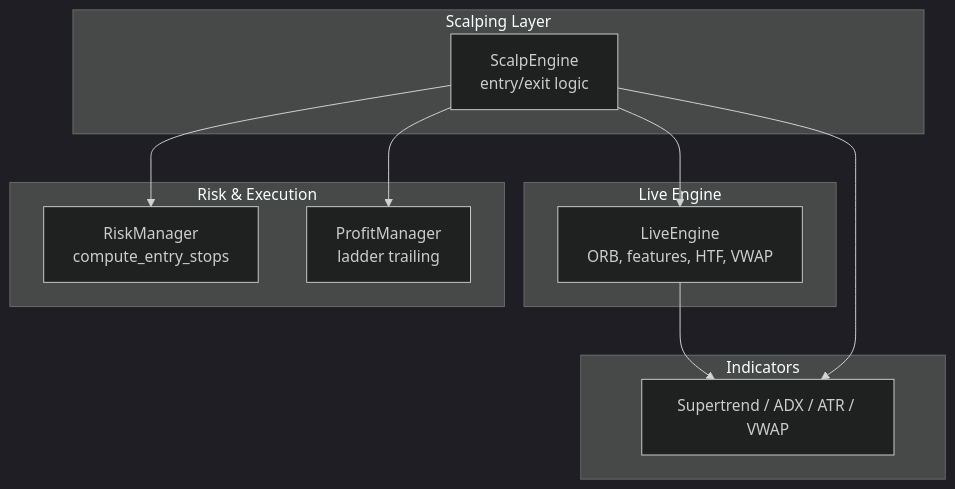
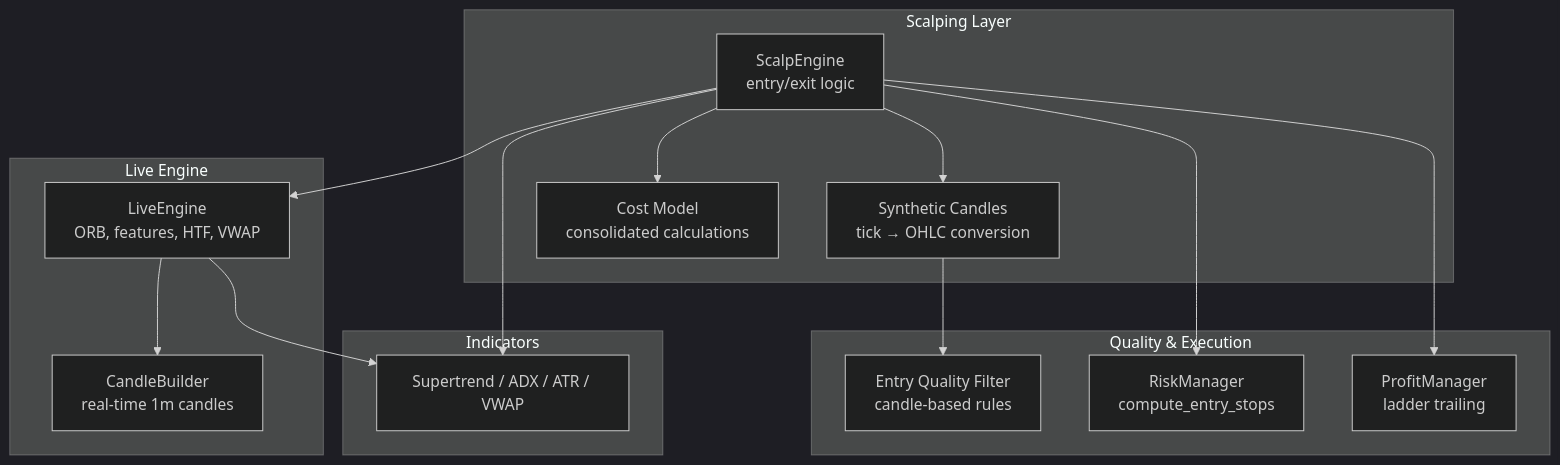
One commit to tauqeersiddiqui-art/tradingsystem changed the first of 11 diagrams in .qoder/repowiki/en/content/Core Trading Engine/Scalping Strategy Engine.md. Above: the diagram before and after it, drawn with Mermaid (dark theme). The commit also changed other lines of this file and 71 other files, not shown here.

Commit message:
Add rejection-first entry quality filters, entry-quality ML target with fail-hard pipeline, post-trade loss classification, and reproducible Phase-8 backtest

````diff
--- a/.qoder/repowiki/en/content/Core Trading Engine/Scalping Strategy Engine.md
+++ b/.qoder/repowiki/en/content/Core Trading Engine/Scalping Strategy Engine.md
@@ -31,21 +44,29 @@
 ```mermaid
 graph TB
 subgraph "Scalping Layer"
 SE["ScalpEngine<br/>entry/exit logic"]
+SC["Synthetic Candles<br/>tick → OHLC conversion"]
+CM["Cost Model<br/>consolidated calculations"]
 end
 subgraph "Live Engine"
 LE["LiveEngine<br/>ORB, features, HTF, VWAP"]
+CB["CandleBuilder<br/>real-time 1m candles"]
 end
-subgraph "Risk & Execution"
+subgraph "Quality & Execution"
+EQ["Entry Quality Filter<br/>candle-based rules"]
 RM["RiskManager<br/>compute_entry_stops"]
 PM["ProfitManager<br/>ladder trailing"]
 end
 subgraph "Indicators"
 IND["Supertrend / ADX / ATR / VWAP"]
 end
+SE --> SC
+SE --> CM
+SC --> EQ
 SE --> LE
 SE --> RM
 SE --> PM
+LE --> CB
 LE --> IND
 SE --> IND
 ```
````
